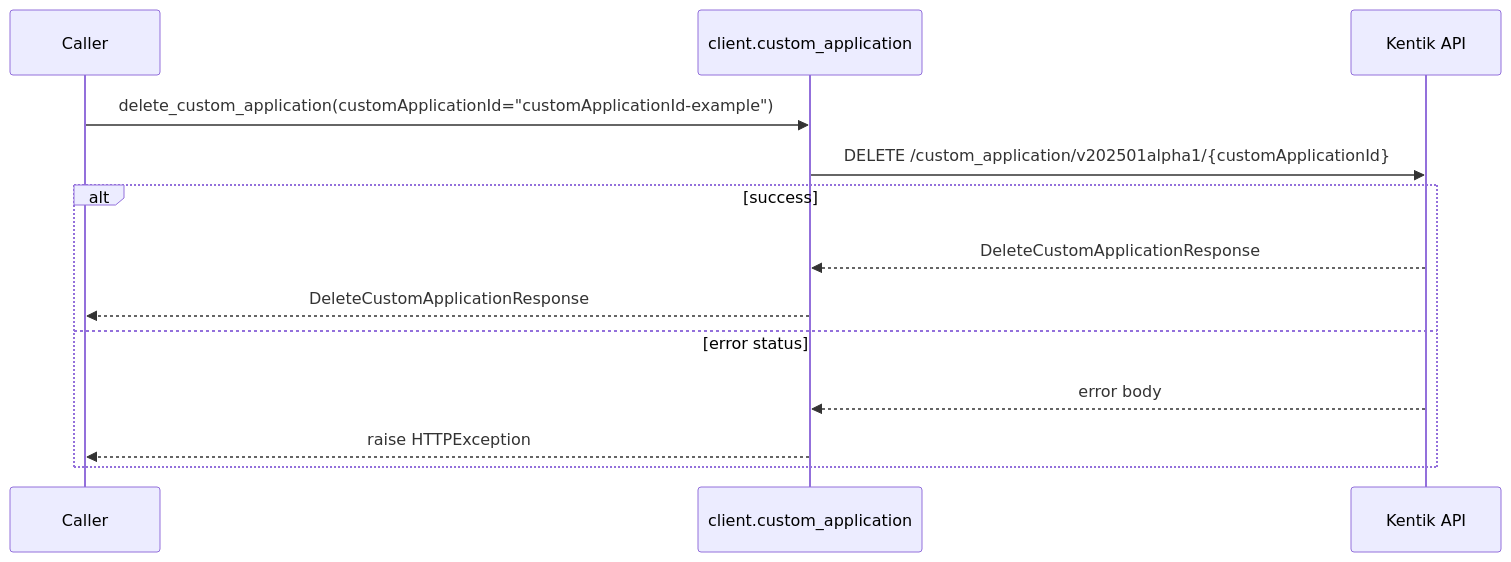
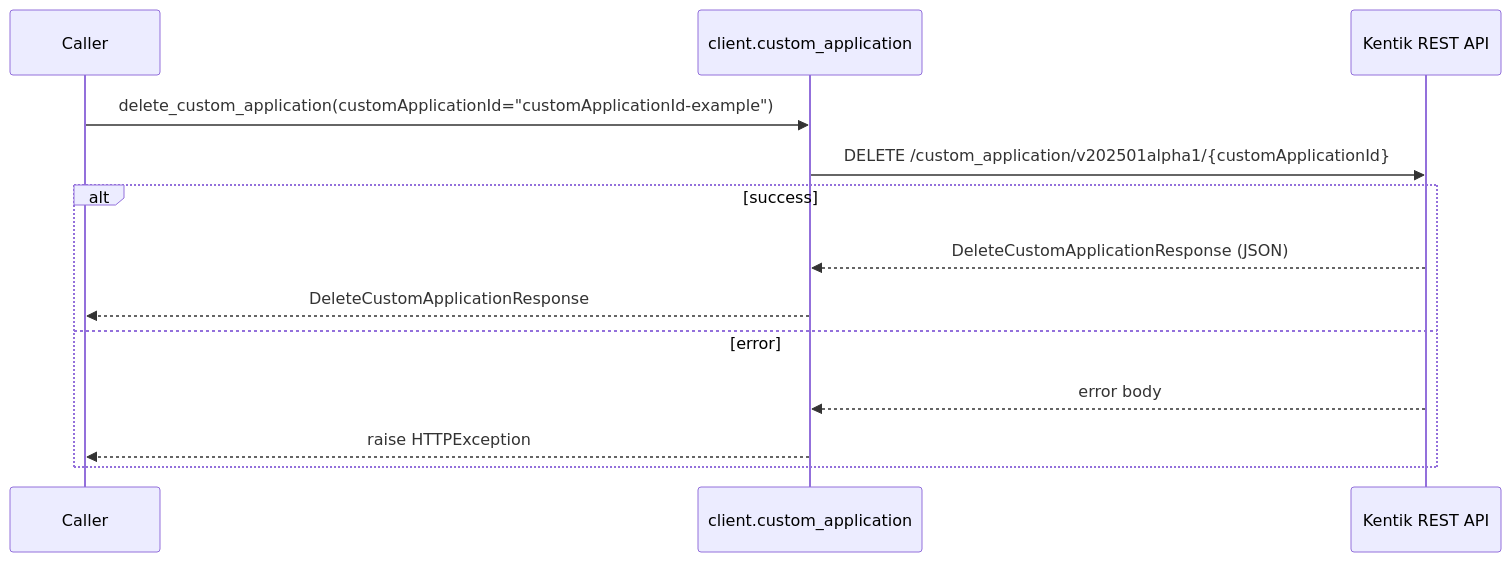
Before and after one commit to alexdearaujo/community_sdk_python: the tenth of 12 diagrams in docs/sphinx/services/custom_application.md, drawn with Mermaid. The commit also changed other lines of this file and 61 other files, not shown here.

````diff
--- a/docs/sphinx/services/custom_application.md
+++ b/docs/sphinx/services/custom_application.md
@@ -224,16 +326,16 @@
 ```mermaid
 sequenceDiagram
     participant C as Caller
     participant W as client.custom_application
-    participant API as Kentik API
+    participant API as Kentik REST API
 
     C->>W: delete_custom_application(customApplicationId="customApplicationId-example")
     W->>API: DELETE /custom_application/v202501alpha1/{customApplicationId}
     alt success
-        API-->>W: DeleteCustomApplicationResponse
+        API-->>W: DeleteCustomApplicationResponse (JSON)
         W-->>C: DeleteCustomApplicationResponse
-    else error status
+    else error
         API-->>W: error body
         W-->>C: raise HTTPException
     end
 ```
````
